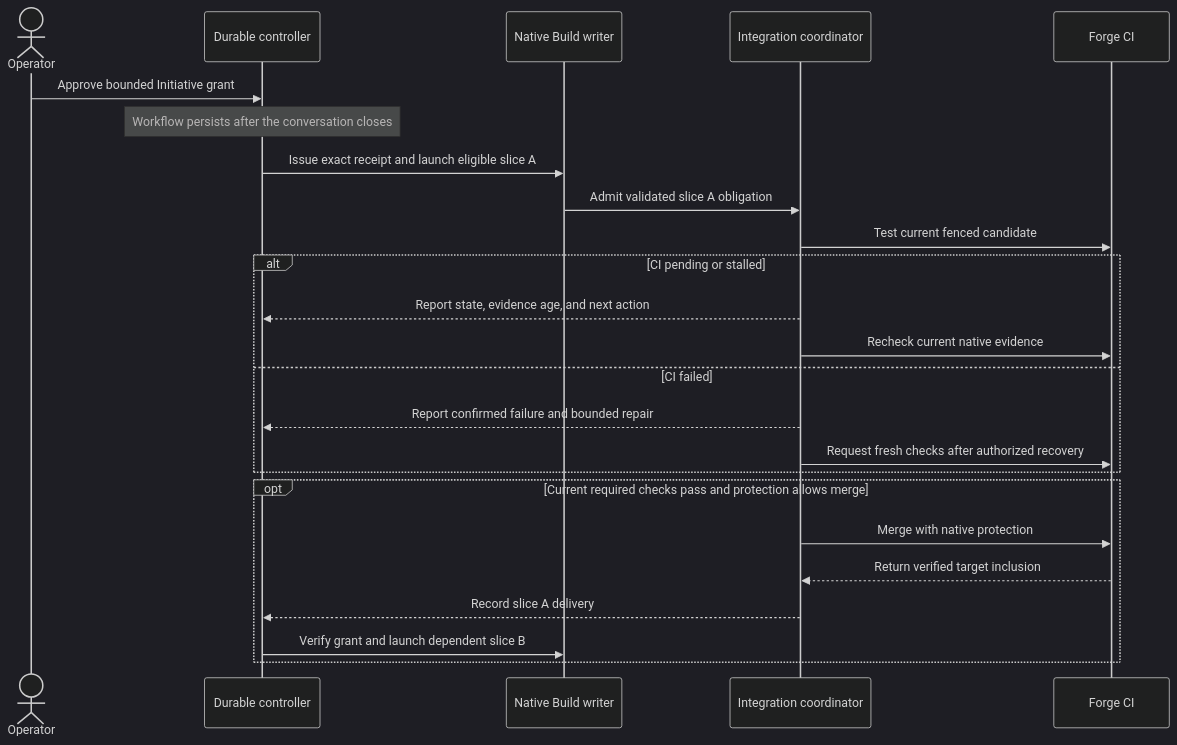
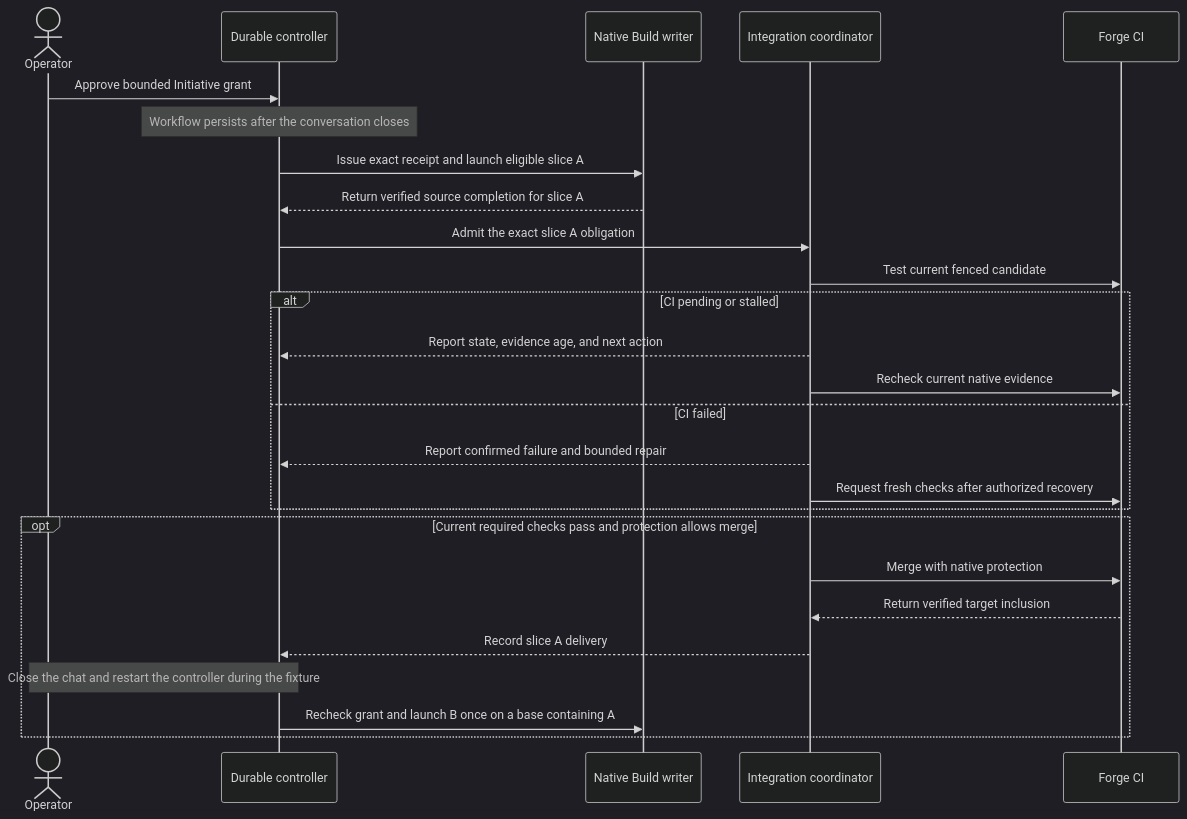
The second of 2 diagrams in docs/initiatives/dbsctr-auto-forge-parity/INITIATIVE-AUTO.md (Saltiola7/dotfiles-ai), drawn with Mermaid (dark theme) before and after one commit. The commit also changed other lines of this file and 2 other files, not shown here.

Commit message:
docs(discovery): import approved slice authority

````diff
--- a/docs/initiatives/dbsctr-auto-forge-parity/INITIATIVE-AUTO.md
+++ b/docs/initiatives/dbsctr-auto-forge-parity/INITIATIVE-AUTO.md
@@ -140,28 +154,30 @@
 ```mermaid
 sequenceDiagram
     accTitle: Dependency continuation across native CI
     accDescr: After one reviewed grant, the controller launches a ready slice, waits for integration receipts, reconciles recoverable CI, and launches the dependent slice after verified inclusion.
     actor O as Operator
     participant C as Durable controller
     participant W as Native Build writer
     participant I as Integration coordinator
     participant F as Forge CI
     O->>C: Approve bounded Initiative grant
     Note over C: Workflow persists after the conversation closes
     C->>W: Issue exact receipt and launch eligible slice A
-    W->>I: Admit validated slice A obligation
+    W-->>C: Return verified source completion for slice A
+    C->>I: Admit the exact slice A obligation
     I->>F: Test current fenced candidate
     alt CI pending or stalled
         I-->>C: Report state, evidence age, and next action
         I->>F: Recheck current native evidence
     else CI failed
         I-->>C: Report confirmed failure and bounded repair
         I->>F: Request fresh checks after authorized recovery
     end
     opt Current required checks pass and protection allows merge
         I->>F: Merge with native protection
         F-->>I: Return verified target inclusion
         I-->>C: Record slice A delivery
-        C->>W: Verify grant and launch dependent slice B
+        Note over O,C: Close the chat and restart the controller during the fixture
+        C->>W: Recheck grant and launch B once on a base containing A
     end
 ```
````
